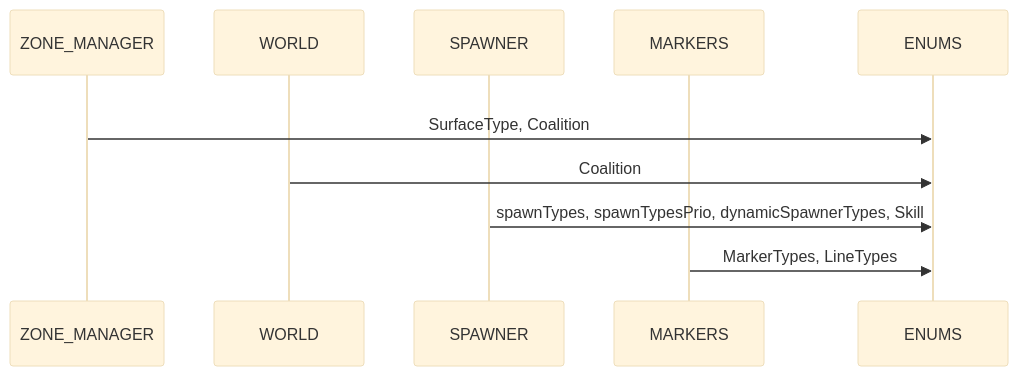
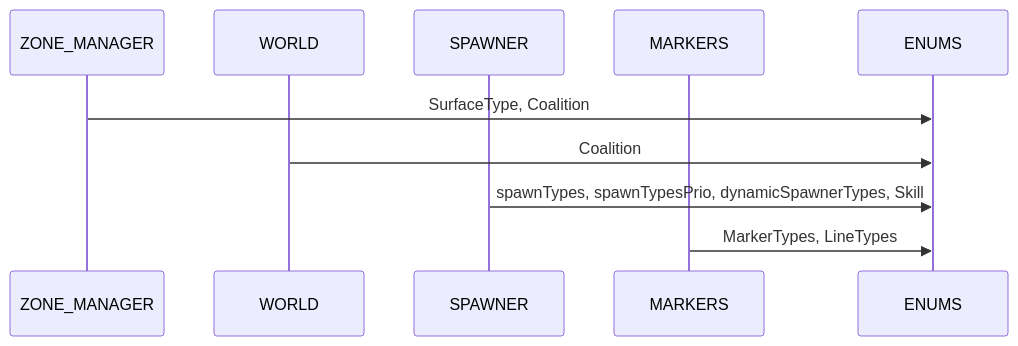
One commit to Gh0st352/AETHR changed the second of 3 diagrams in docs/enums/README.md. Above: the diagram before and after it, drawn with Mermaid. The commit also changed other lines of this file and 20 other files, not shown here.

First line of the commit message:
docs: unify mermaid themes and clarify module graphs

````diff
--- a/docs/enums/README.md
+++ b/docs/enums/README.md
@@ -115,16 +93,14 @@
 ```mermaid
-%%{init: {"theme":"base"}}%%
+%% shared theme: docs/_mermaid/theme.json %%
 sequenceDiagram
   participant ZM as ZONE_MANAGER
   participant W as WORLD
   participant SP as SPAWNER
   participant MK as MARKERS
   participant EN as ENUMS
 
-  rect rgba(255, 255, 255, 0.75)
-    ZM->>EN: SurfaceType, Coalition
-    W->>EN: Coalition
-    SP->>EN: spawnTypes, spawnTypesPrio, dynamicSpawnerTypes, Skill
-    MK->>EN: MarkerTypes, LineTypes
-  end
+  ZM->>EN: SurfaceType, Coalition
+  W->>EN: Coalition
+  SP->>EN: spawnTypes, spawnTypesPrio, dynamicSpawnerTypes, Skill
+  MK->>EN: MarkerTypes, LineTypes
 ```
````
